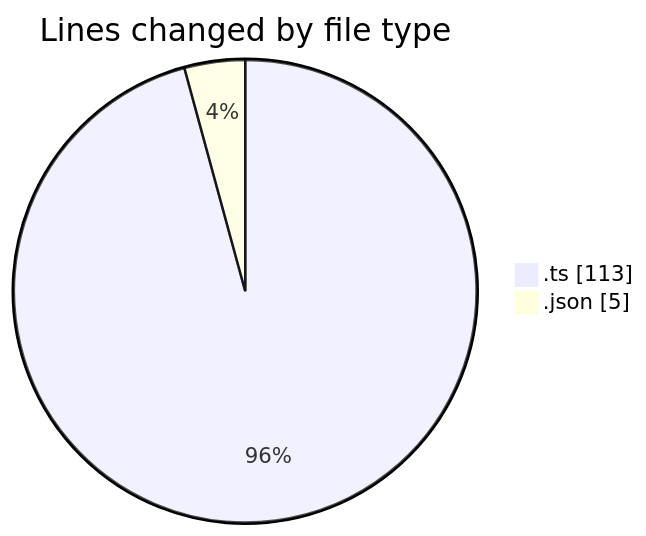
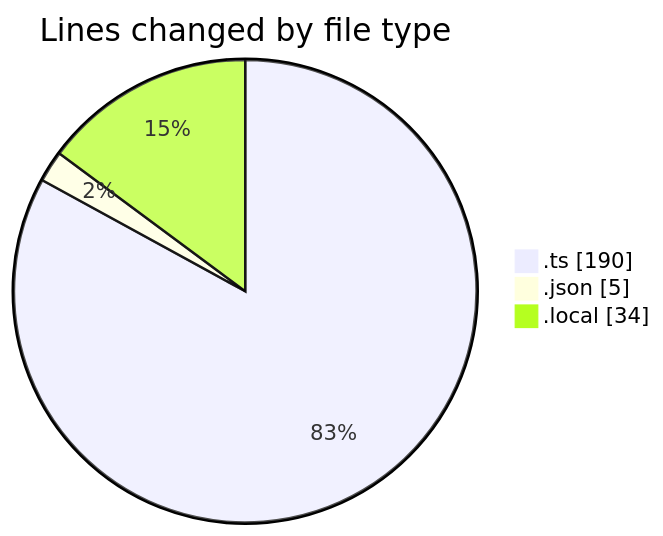
The first of 2 diagrams in 2025-10-31/temp_mr_252/README.md (julien-gomy/code-tracking), drawn with Mermaid before and after one commit. The commit also changed other lines of this file and 1 other file, not shown here.

````diff
--- a/2025-10-31/temp_mr_252/README.md
+++ b/2025-10-31/temp_mr_252/README.md
@@ -22,6 +24,7 @@
 ```mermaid
 pie showData
 title Lines changed by file type
-".ts" : 113
+".ts" : 190
 ".json" : 5
+".local" : 34
 ```
````
